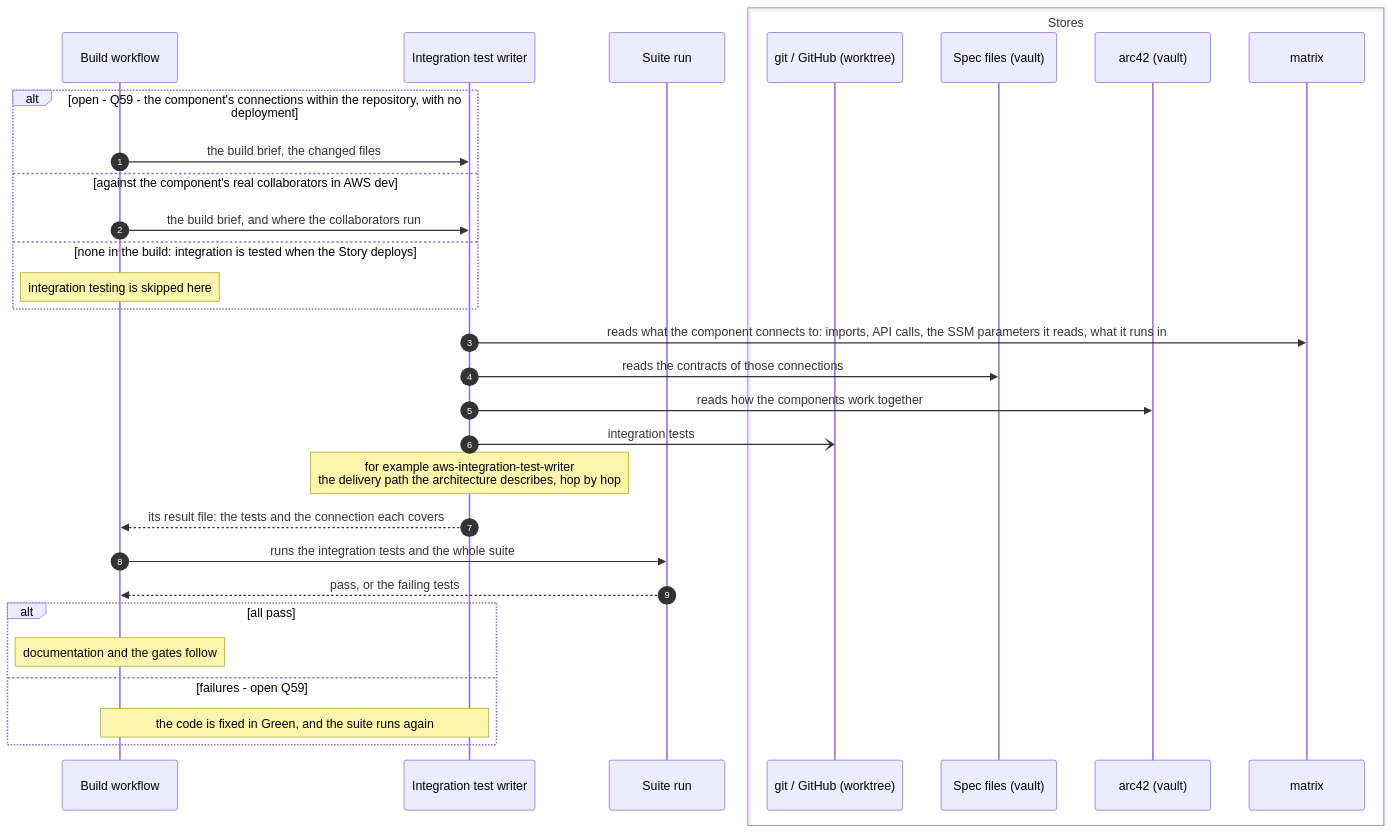
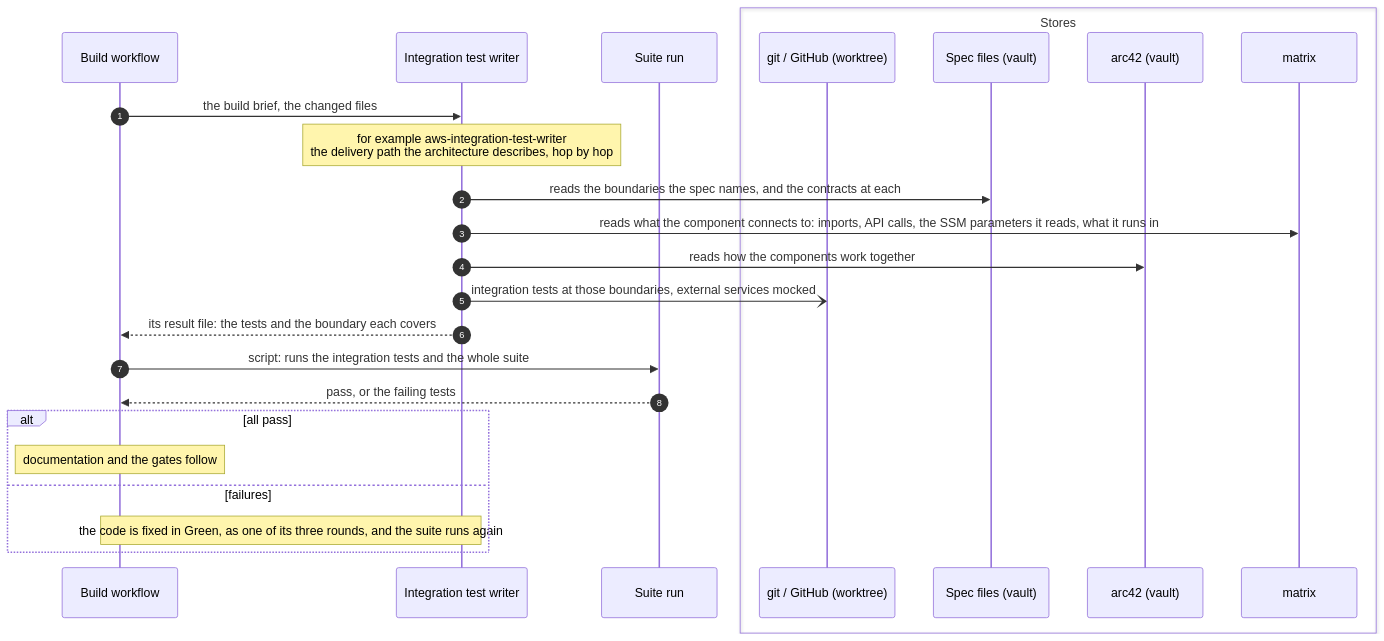
One commit to mark-satterfield/toolset changed the sixth of 8 diagrams in plugins/agent-teams-workforce/blueprint/design/pipelines-build.md. Above: the diagram before and after it, drawn with Mermaid. The commit also changed other lines of this file, not shown here.

First line of the commit message:
docs(blueprint): pipelines-build draws the decided build steps

````diff
--- a/plugins/agent-teams-workforce/blueprint/design/pipelines-build.md
+++ b/plugins/agent-teams-workforce/blueprint/design/pipelines-build.md
@@ -423,34 +457,28 @@
 ```mermaid
 sequenceDiagram
     autonumber
     participant WF as Build workflow
     participant IW as Integration test writer
     participant SR as Suite run
     box Stores
         participant G as git / GitHub (worktree)
         participant SP as Spec files (vault)
         participant A42 as arc42 (vault)
         participant MX as matrix
     end
 
-    alt open - Q59 - the component's connections within the repository, with no deployment
-        WF->>IW: the build brief, the changed files
-    else against the component's real collaborators in AWS dev
-        WF->>IW: the build brief, and where the collaborators run
-    else none in the build: integration is tested when the Story deploys
-        Note over WF: integration testing is skipped here
-    end
+    WF->>IW: the build brief, the changed files
+    Note over IW: for example aws-integration-test-writer<br/>the delivery path the architecture describes, hop by hop
+    IW->>SP: reads the boundaries the spec names, and the contracts at each
     IW->>MX: reads what the component connects to: imports, API calls, the SSM parameters it reads, what it runs in
-    IW->>SP: reads the contracts of those connections
     IW->>A42: reads how the components work together
-    IW-)G: integration tests
-    Note over IW: for example aws-integration-test-writer<br/>the delivery path the architecture describes, hop by hop
-    IW-->>WF: its result file: the tests and the connection each covers
-    WF->>SR: runs the integration tests and the whole suite
+    IW-)G: integration tests at those boundaries, external services mocked
+    IW-->>WF: its result file: the tests and the boundary each covers
+    WF->>SR: script: runs the integration tests and the whole suite
     SR-->>WF: pass, or the failing tests
     alt all pass
         Note over WF: documentation and the gates follow
-    else failures - open Q59
-        Note over WF,IW: the code is fixed in Green, and the suite runs again
+    else failures
+        Note over WF,IW: the code is fixed in Green, as one of its three rounds, and the suite runs again
     end
 ```
````
